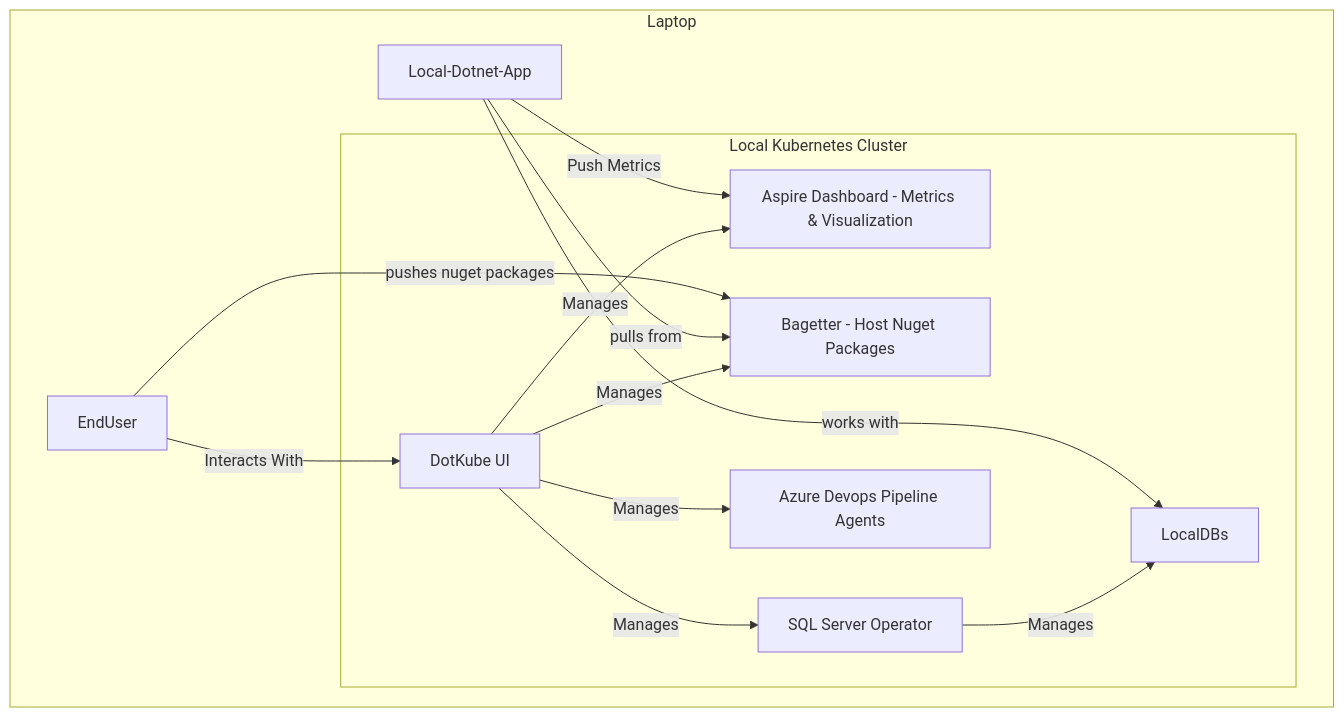
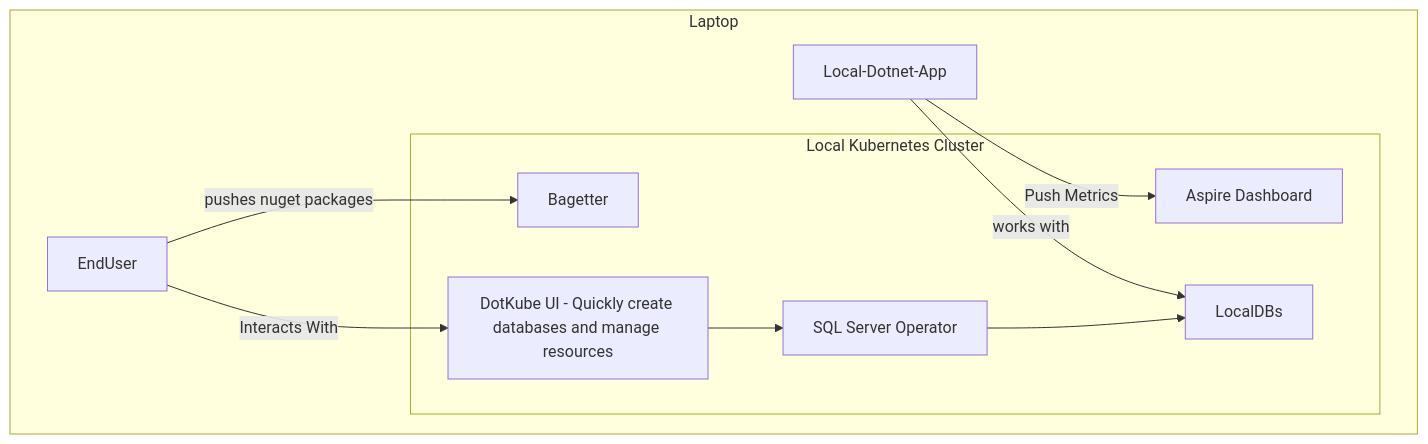
The diagram in profile/README.md (DotKube/.github), drawn with Mermaid before and after one commit. The commit also changed other lines of this file, not shown here.

````diff
--- a/profile/README.md
+++ b/profile/README.md
@@ -124,25 +58,19 @@
 ```mermaid
 graph TD
     subgraph Laptop ["Laptop"]
         subgraph Cluster ["Local Kubernetes Cluster"]
-            AspireDashboard["Aspire Dashboard - Metrics & Visualization"]
-            BagetterApp["Bagetter - Host Nuget Packages"]
+            AspireDashboard["Aspire Dashboard"]
+            BagetterApp["Bagetter"]
             SQLServerOperator["SQL Server Operator"]
-            PipelineAgents["Azure Devops Pipeline Agents"]
             LocalDBs
-            DotKubeUI["DotKube UI"]
+            DotKubeUI["DotKube UI - Quickly create databases and manage resources"]
         end
 
         Local-Dotnet-App -- "Push Metrics" --> AspireDashboard
         EndUser -- "pushes nuget packages" --> BagetterApp
         Local-Dotnet-App -- "works with" --> LocalDBs
-        Local-Dotnet-App -- "pulls from" --> BagetterApp
-        EndUser -- "Interacts With" --> DotKubeUI -- "Manages" --> SQLServerOperator
+        EndUser -- "Interacts With" --> DotKubeUI --> SQLServerOperator
     end
 
-    SQLServerOperator -- "Manages" --> LocalDBs
-    DotKubeUI -- "Manages" --> BagetterApp
-    DotKubeUI -- "Manages" --> AspireDashboard
-    DotKubeUI -- "Manages" --> PipelineAgents
-
+    SQLServerOperator --> LocalDBs
 ```
````
